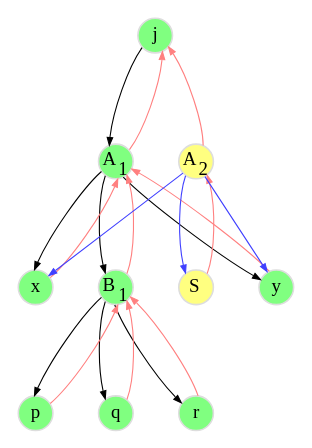
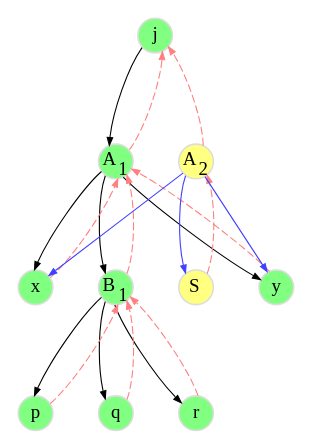
Before and after one commit to flatcap/dparted: the diagram in d2.gv, drawn with Graphviz. The commit also changed 4 other files, not shown here.

```diff
--- a/d2.gv
+++ b/d2.gv
@@ -1,63 +1,62 @@
 digraph d {
 	graph [
 		rankdir="TB"
 		bgcolor="white"
 		color="white"
 		nodesep="0.4"
 		ranksep="0.8"
 	];
 
 	node [
 		fontsize="12"
 		style="solid"
 		width="0.3"
 		height="0.3"
 		fixedsize="true"
 		penwidth="1.0"
 		color="#DDDDDD"
 	];
 
 	edge [
 		penwidth="0.7"
 		color="#000000"
 		arrowsize="0.5"
 	];
 
-
 	j  [ label=<j>             style="filled" fillcolor="#80ff80" ];
 	a1 [ label=<A<SUB>1</SUB>> style="filled" fillcolor="#80ff80" ];
 	x  [ label=<x>             style="filled" fillcolor="#80ff80" ];
 	b1 [ label=<B<SUB>1</SUB>> style="filled" fillcolor="#80ff80" ];
 	s  [ label=<S>             style="filled" fillcolor="#ffff80" ];
 	y  [ label=<y>             style="filled" fillcolor="#80ff80" ];
 	p  [ label=<p>             style="filled" fillcolor="#80ff80" ];
 	q  [ label=<q>             style="filled" fillcolor="#80ff80" ];
 	r  [ label=<r>             style="filled" fillcolor="#80ff80" ];
 	a2 [ label=<A<SUB>2</SUB>> style="filled" fillcolor="#ffff80" ];
 
 	j  -> a1;
-	a1 -> j   [ color="#ff8080" ];
+	a1 -> j   [ color="#ff8080" style=dashed ];
 	a1 -> x;
-	x  -> a1  [ color="#ff8080" ];
+	x  -> a1  [ color="#ff8080" style=dashed ];
 	a1 -> b1;
-	b1 -> a1  [ color="#ff8080" ];
+	b1 -> a1  [ color="#ff8080" style=dashed ];
 	a1 -> y;
-	y  -> a1  [ color="#ff8080" ];
+	y  -> a1  [ color="#ff8080" style=dashed ];
 	b1 -> p;
-	p  -> b1  [ color="#ff8080" ];
+	p  -> b1  [ color="#ff8080" style=dashed ];
 	b1 -> q;
-	q  -> b1  [ color="#ff8080" ];
+	q  -> b1  [ color="#ff8080" style=dashed ];
 	b1 -> r;
-	r  -> b1  [ color="#ff8080" ];
+	r  -> b1  [ color="#ff8080" style=dashed ];
 
 	j -> a2 [ style=invis ];
 
-	a2 -> j  [ color="#ff8080"     ];
+	a2 -> j  [ color="#ff8080" style=dashed     ];
 	a2 -> x  [ color="#4040ff" constraint=false ];
 	a2 -> y  [ color="#4040ff" constraint=false ];
 	a2 -> s  [ color="#4040ff" constraint=false ];
-	s  -> a2 [ color="#ff8080" constraint=false ];
+	s  -> a2 [ color="#ff8080" style=dashed constraint=false ];
 
 	x -> b1 -> s -> y [ style=invis ];
 	{ rank=same x b1 s y }
 }
```
